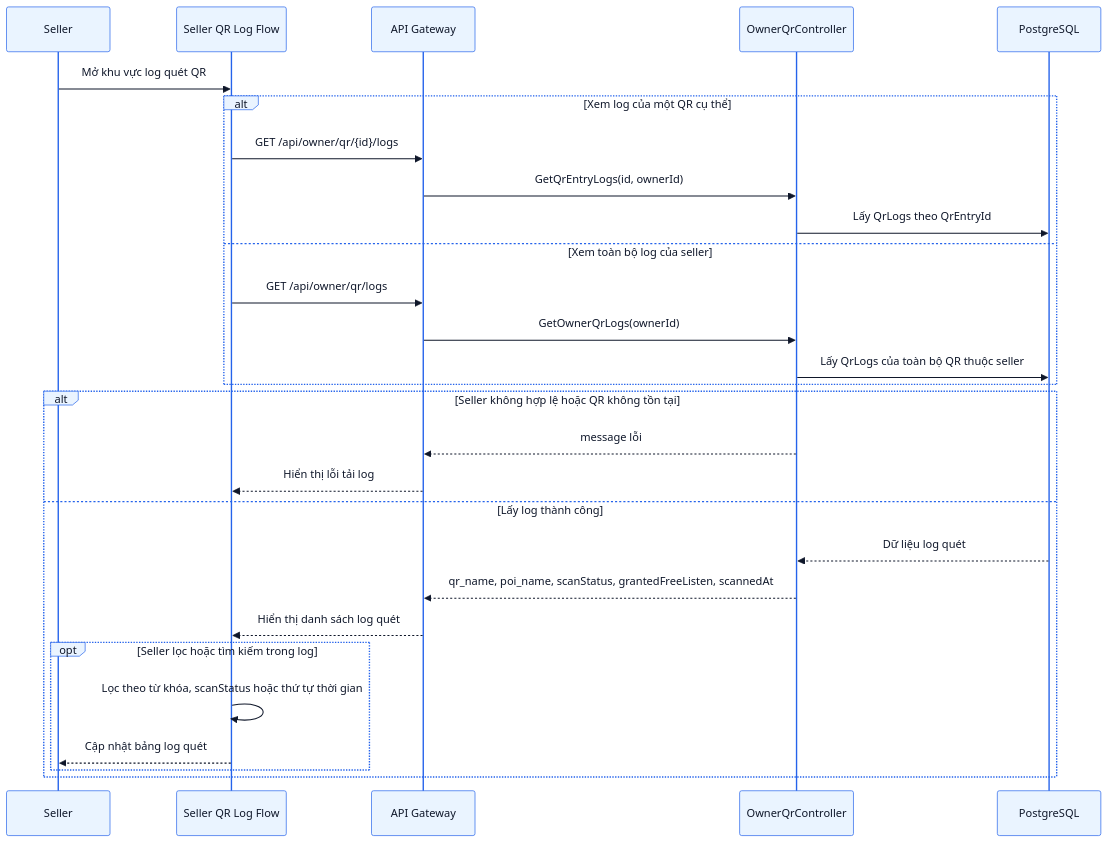
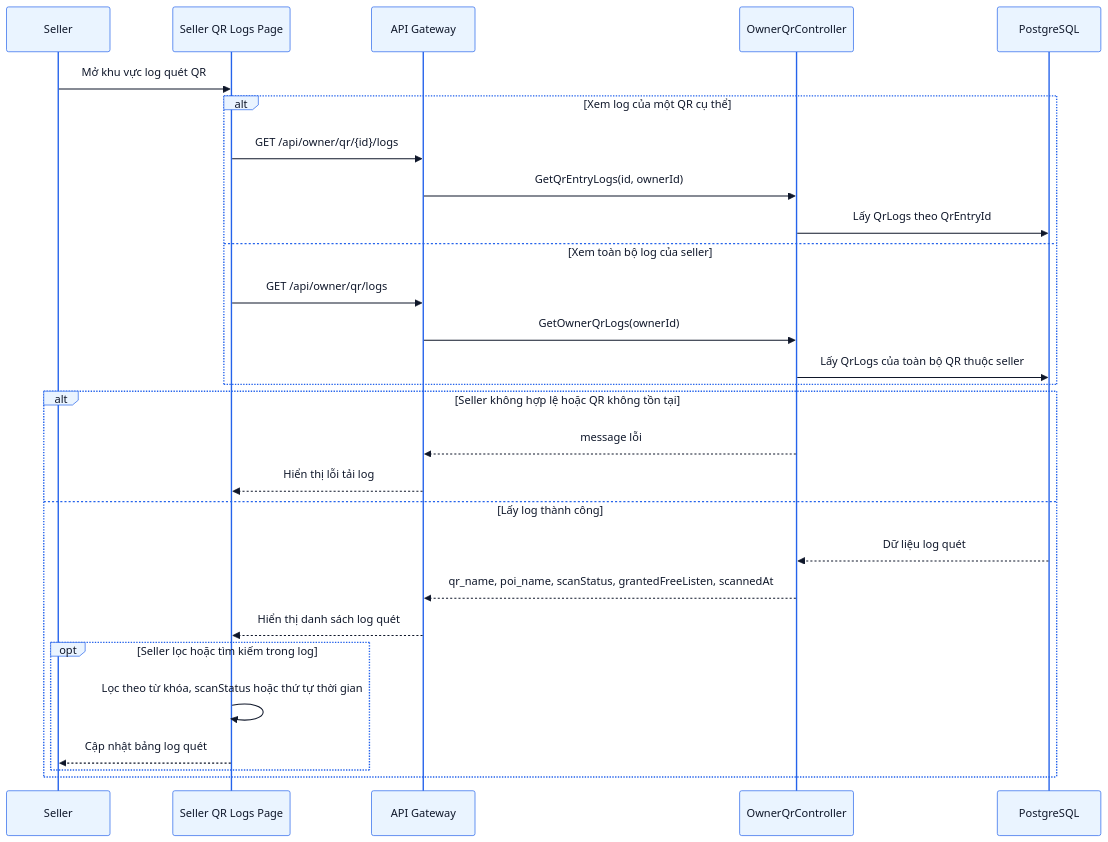
Before and after one commit to thaiquanghieu/smart-guide-system: diagram 14 of 36 in docs/PRD.md, drawn with Mermaid. The commit also changed other lines of this file and 18 other files, not shown here.

Commit message:
docs: update PRD and diagrams

````diff
--- a/docs/PRD.md
+++ b/docs/PRD.md
@@ -1644,50 +1762,50 @@
 ```mermaid
 %%{init: {
   "theme": "base",
   "themeVariables": {
     "primaryColor": "#EAF4FF",
     "primaryBorderColor": "#2563EB",
     "primaryTextColor": "#0F172A",
     "lineColor": "#2563EB",
     "secondaryColor": "#DBEAFE",
     "tertiaryColor": "#F8FBFF",
     "noteBkgColor": "#EFF6FF",
     "noteBorderColor": "#3B82F6",
     "activationBorderColor": "#2563EB",
     "activationBkgColor": "#DBEAFE",
     "sequenceNumberColor": "#0F172A"
   }
 }}%%
 sequenceDiagram
     participant Seller as Seller
-    participant QrAnalyticsFlow as Seller QR Log Flow
+    participant QrAnalyticsFlow as Seller QR Logs Page
     participant API as API Gateway
     participant OwnerQrCtl as OwnerQrController
     participant DB as PostgreSQL
 
     Seller ->> QrAnalyticsFlow: Mở khu vực log quét QR
 
     alt Xem log của một QR cụ thể
         QrAnalyticsFlow ->> API: GET /api/owner/qr/{id}/logs
         API ->> OwnerQrCtl: GetQrEntryLogs(id, ownerId)
         OwnerQrCtl ->> DB: Lấy QrLogs theo QrEntryId
     else Xem toàn bộ log của seller
         QrAnalyticsFlow ->> API: GET /api/owner/qr/logs
         API ->> OwnerQrCtl: GetOwnerQrLogs(ownerId)
         OwnerQrCtl ->> DB: Lấy QrLogs của toàn bộ QR thuộc seller
     end
 
     alt Seller không hợp lệ hoặc QR không tồn tại
         OwnerQrCtl -->> API: message lỗi
         API -->> QrAnalyticsFlow: Hiển thị lỗi tải log
     else Lấy log thành công
         DB -->> OwnerQrCtl: Dữ liệu log quét
         OwnerQrCtl -->> API: qr_name, poi_name, scanStatus, grantedFreeListen, scannedAt
         API -->> QrAnalyticsFlow: Hiển thị danh sách log quét
 
         opt Seller lọc hoặc tìm kiếm trong log
             QrAnalyticsFlow ->> QrAnalyticsFlow: Lọc theo từ khóa, scanStatus hoặc thứ tự thời gian
             QrAnalyticsFlow -->> Seller: Cập nhật bảng log quét
         end
     end
 ```
````
